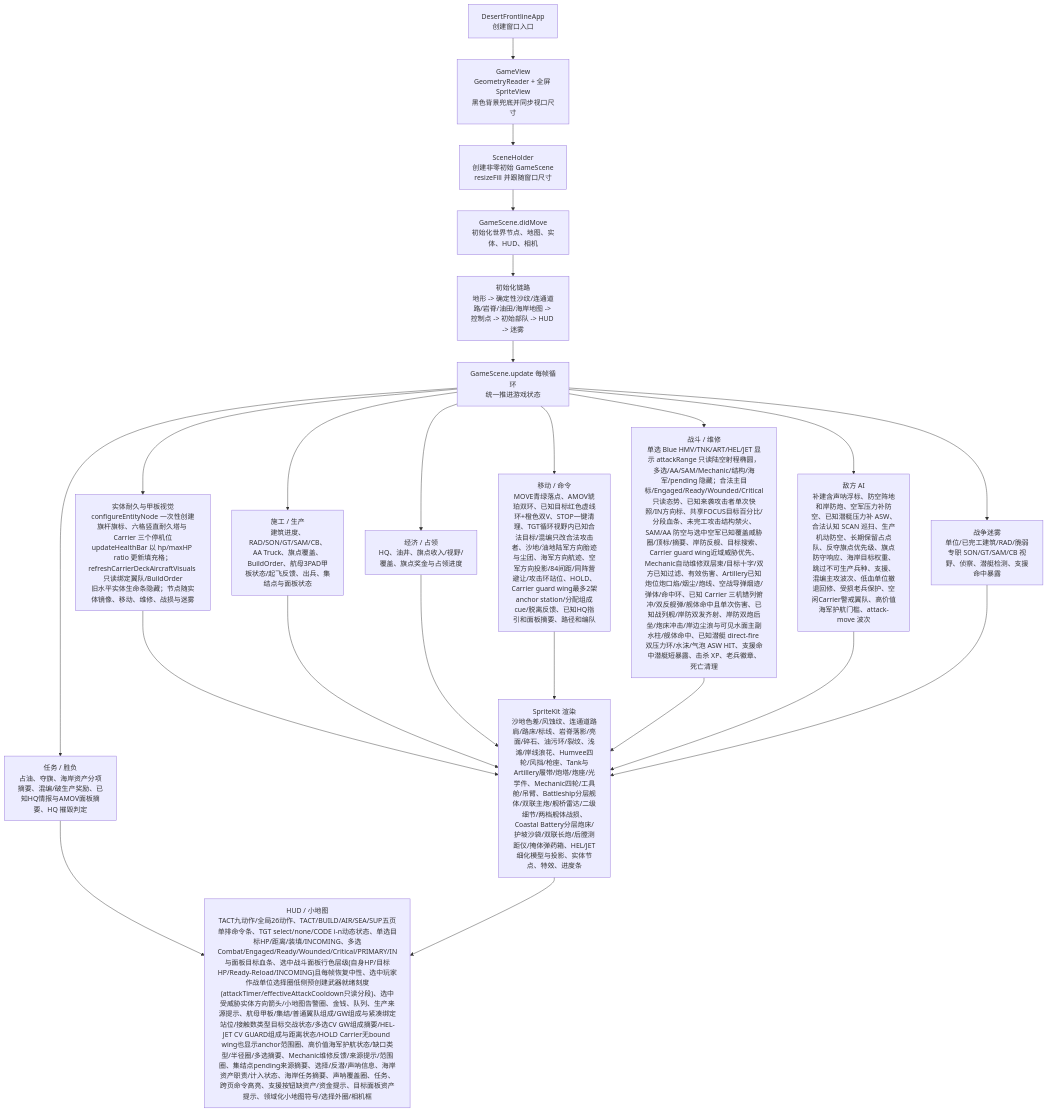
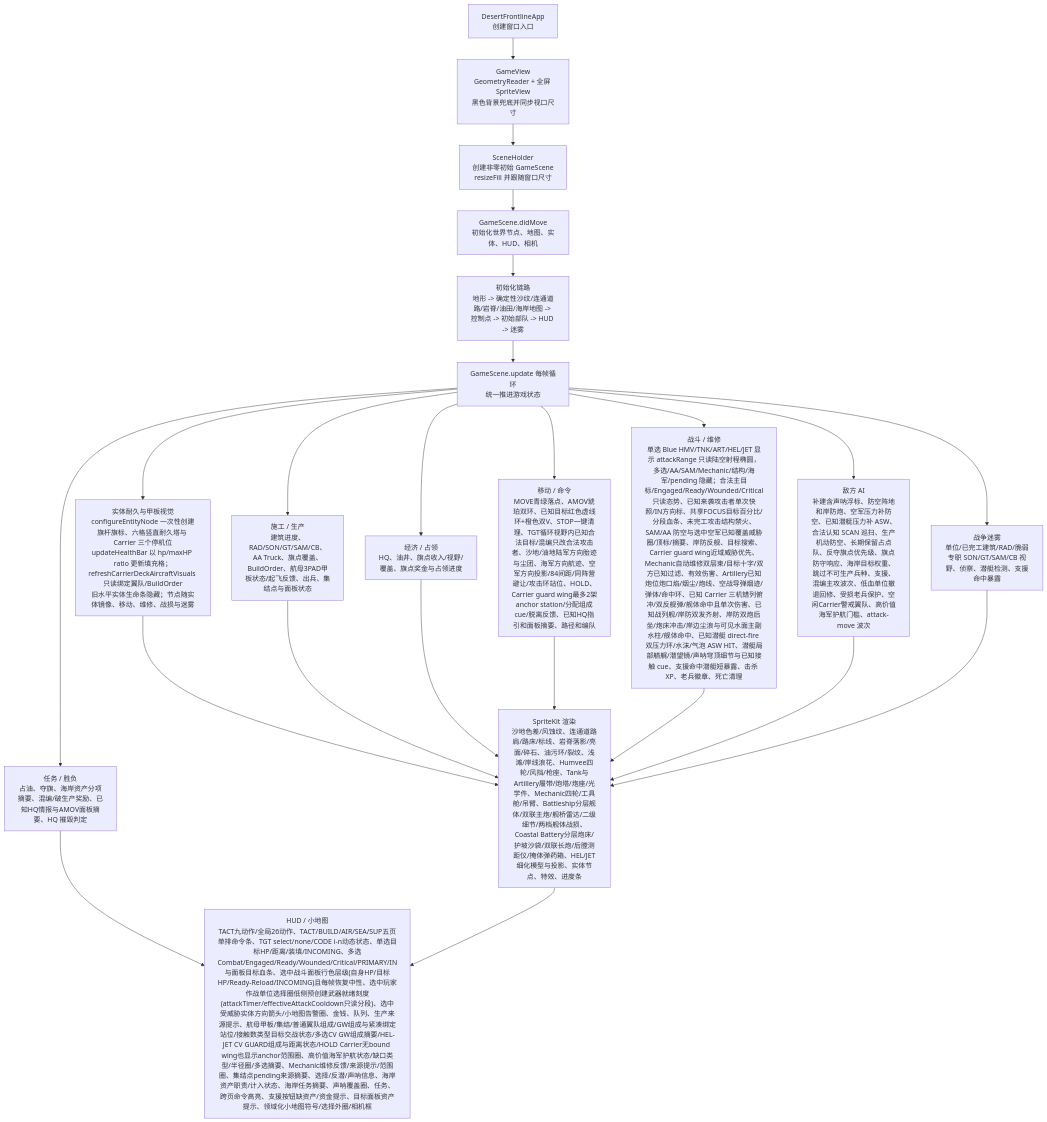
Before and after one commit to Altman-sam114/1145: the first of 3 diagrams in md/flow/flowchart.md, drawn with Mermaid. The commit also changed other lines of this file and 5 other files, not shown here.

````diff
--- a/md/flow/flowchart.md
+++ b/md/flow/flowchart.md
@@ -11,25 +11,25 @@
 ```mermaid
 flowchart TD
   App["DesertFrontlineApp\n创建窗口入口"] --> View["GameView\nGeometryReader + 全屏 SpriteView\n黑色背景兜底并同步视口尺寸"]
   View --> Holder["SceneHolder\n创建非零初始 GameScene\nresizeFill 并跟随窗口尺寸"]
   Holder --> Scene["GameScene.didMove\n初始化世界节点、地图、实体、HUD、相机"]
   Scene --> Init["初始化链路\n地形 -> 确定性沙纹/连通道路/岩脊/油田/海岸地图 -> 控制点 -> 初始部队 -> HUD -> 迷雾"]
   Init --> Loop["GameScene.update 每帧循环\n统一推进游戏状态"]
   Loop --> Build["施工 / 生产\n建筑进度、RAD/SON/GT/SAM/CB、AA Truck、旗点覆盖、BuildOrder、航母3PAD甲板状态/起飞反馈、出兵、集结点与面板状态"]
   Loop --> Economy["经济 / 占领\nHQ、油井、旗点收入/视野/覆盖、旗点奖金与占领进度"]
   Loop --> Commands["移动 / 命令\nMOVE青绿落点、AMOV琥珀双环、已知目标红色虚线环+橙色双V、STOP一键清理、TGT循环视野内已知合法目标/混编只改合法攻击者、沙地/油地陆军方向胎迹与尘团、海军方向航迹、空军方向投影/84间距/同阵营避让/攻击环站位、HOLD、Carrier guard wing最多2架anchor station/分配组成cue/脱离反馈、已知HQ指引和面板摘要、路径和编队"]
-  Loop --> Combat["战斗 / 维修\n单选 Blue HMV/TNK/ART/HEL/JET 显示 attackRange 只读陆空射程椭圆，多选/AA/SAM/Mechanic/结构/海军/pending 隐藏；合法主目标/Engaged/Ready/Wounded/Critical只读态势、已知来袭攻击者单次快照/IN方向标、共享FOCUS目标百分比/分段血条、未完工攻击结构禁火、SAM/AA 防空与选中空军已知覆盖威胁圈/顶标/摘要、岸防反舰、目标搜索、Carrier guard wing近域威胁优先、Mechanic自动维修双层束/目标十字/双方已知过滤、有效伤害、Artillery已知炮位炮口焰/烟尘/炮线、空战导弹烟迹/弹体/命中环、已知 Carrier 三机错列俯冲/双反舰弹/舰体命中且单次伤害、已知战列舰/岸防双发齐射、岸防双炮后坐/炮床冲击/岸边尘浪与可见水面主副水柱/舰体命中、已知潜艇 direct-fire 双压力环/水沫/气泡 ASW HIT、支援命中潜艇短暴露、击杀 XP、老兵徽章、死亡清理"]
+  Loop --> Combat["战斗 / 维修\n单选 Blue HMV/TNK/ART/HEL/JET 显示 attackRange 只读陆空射程椭圆，多选/AA/SAM/Mechanic/结构/海军/pending 隐藏；合法主目标/Engaged/Ready/Wounded/Critical只读态势、已知来袭攻击者单次快照/IN方向标、共享FOCUS目标百分比/分段血条、未完工攻击结构禁火、SAM/AA 防空与选中空军已知覆盖威胁圈/顶标/摘要、岸防反舰、目标搜索、Carrier guard wing近域威胁优先、Mechanic自动维修双层束/目标十字/双方已知过滤、有效伤害、Artillery已知炮位炮口焰/烟尘/炮线、空战导弹烟迹/弹体/命中环、已知 Carrier 三机错列俯冲/双反舰弹/舰体命中且单次伤害、已知战列舰/岸防双发齐射、岸防双炮后坐/炮床冲击/岸边尘浪与可见水面主副水柱/舰体命中、已知潜艇 direct-fire 双压力环/水沫/气泡 ASW HIT、潜艇局部艏艉/潜望镜/声呐穹顶细节与已知接触 cue、支援命中潜艇短暴露、击杀 XP、老兵徽章、死亡清理"]
   Loop --> HealthVisual["实体耐久与甲板视觉\nconfigureEntityNode 一次性创建旗杆旗标、六格竖直耐久塔与 Carrier 三个停机位\nupdateHealthBar 以 hp/maxHP ratio 更新填充格；refreshCarrierDeckAircraftVisuals 只读绑定翼队/BuildOrder\n旧水平实体生命条隐藏；节点随实体镜像、移动、维修、战损与迷雾"]
   HealthVisual --> Render
   Loop --> AI["敌方 AI\n补建含声呐浮标、防空阵地和岸防炮、空军压力补防空、已知潜艇压力补 ASW、合法认知 SCAN 巡扫、生产机动防空、长期保留占点队、反夺旗点优先级、旗点防守响应、海岸目标权重、跳过不可生产兵种、支援、混编主攻波次、低血单位撤退回修、受损老兵保护、空闲Carrier警戒翼队、高价值海军护航门槛、attack-move 波次"]
   Loop --> Fog["战争迷雾\n单位/已完工建筑/RAD/脆弱专职 SON/GT/SAM/CB 视野、侦察、潜艇检测、支援命中暴露"]
   Loop --> Mission["任务 / 胜负\n占油、夺旗、海岸资产分项摘要、混编/破生产奖励、已知HQ情报与AMOV面板摘要、HQ 摧毁判定"]
   Build --> Render["SpriteKit 渲染\n沙地色差/风蚀纹、连通道路肩/路床/标线、岩脊落影/亮面/碎石、油污环/裂纹、浅滩/岸线浪花、Humvee四轮/风挡/枪座、Tank与Artillery履带/炮塔/炮座/光学件、Mechanic四轮/工具舱/吊臂、Battleship分层舰体/双联主炮/舰桥雷达/二级细节/两档舰体战损、Coastal Battery分层炮床/护坡沙袋/双联长炮/后膛测距仪/掩体弹药箱、HEL/JET细化模型与投影、实体节点、特效、进度条"]
   Economy --> Render
   Commands --> Render
   Combat --> Render
   AI --> Render
   Fog --> Render
   Mission --> HUD["HUD / 小地图\nTACT九动作/全局26动作、TACT/BUILD/AIR/SEA/SUP五页单排命令条、TGT select/none/CODE i-n动态状态、单选目标HP/距离/装填/INCOMING、多选Combat/Engaged/Ready/Wounded/Critical/PRIMARY/IN与面板目标血条、选中战斗面板行色层级(自身HP/目标HP/Ready-Reload/INCOMING)且每帧恢复中性、选中玩家作战单位选择圈低侧预创建武器就绪刻度(attackTimer/effectiveAttackCooldown只读分段)、选中受威胁实体方向箭头/小地图告警圈、金钱、队列、生产来源提示、航母甲板/集结/普通翼队组成/GW组成与紧凑绑定站位/接触数类型目标交战状态/多选CV GW组成摘要/HEL-JET CV GUARD组成与距离状态/HOLD Carrier无bound wing也显示anchor范围圈、高价值海军护航状态/缺口类型/半径圈/多选摘要、Mechanic维修反馈/来源提示/范围圈、集结点pending来源摘要、选择/反潜/声呐信息、海岸资产职责/计入状态、海岸任务摘要、声呐覆盖圈、任务、跨页命令高亮、支援按钮缺资产/资金提示、目标面板资产提示、领域化小地图符号/选择外圈/相机框"]
   Render --> HUD
 ```
````
